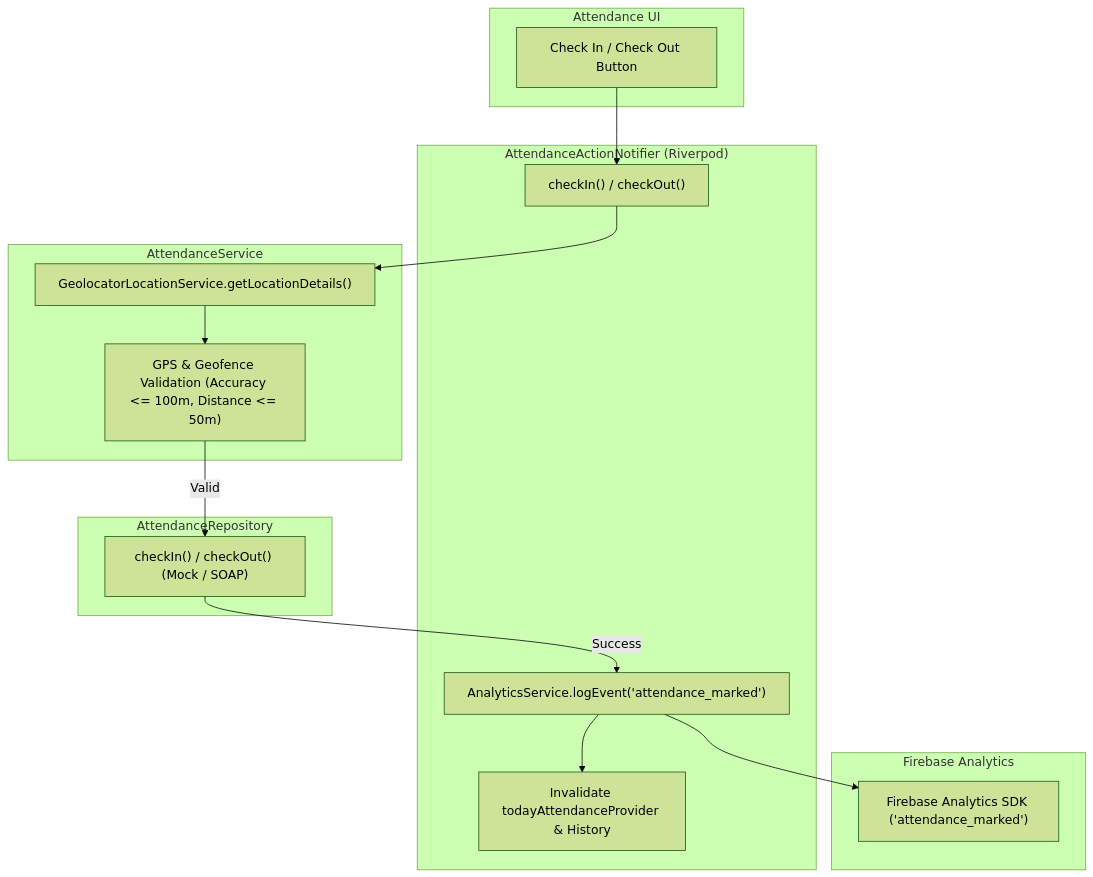
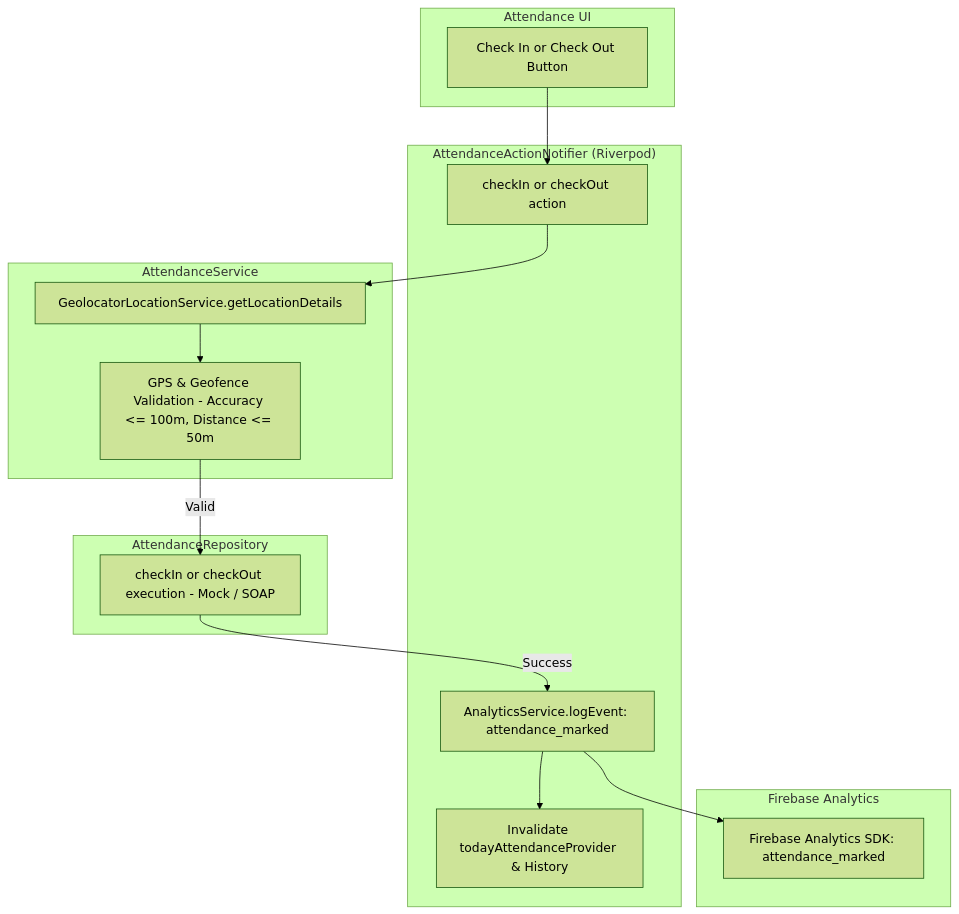
One commit to Aravindan-001/icore-ess changed the ninth of 15 diagrams in ARCHITECTURE.md. Above: the diagram before and after it, drawn with Mermaid (forest theme). The commit also changed other lines of this file, not shown here.

Commit message:
docs: fix Mermaid architecture rendering

````diff
--- a/ARCHITECTURE.md
+++ b/ARCHITECTURE.md
@@ -509,33 +509,33 @@
 ```mermaid
 flowchart TD
     subgraph AttendanceUI ["Attendance UI"]
-        BTN["Check In / Check Out Button"]
+        BTN["Check In or Check Out Button"]
     end
 
     subgraph Notifier ["AttendanceActionNotifier (Riverpod)"]
-        NOTIFIER_ACT["checkIn() / checkOut()"]
-        LOG_ANALYTICS["AnalyticsService.logEvent('attendance_marked')"]
+        NOTIFIER_ACT["checkIn or checkOut action"]
+        LOG_ANALYTICS["AnalyticsService.logEvent: attendance_marked"]
         REFRESH["Invalidate todayAttendanceProvider & History"]
     end
 
     subgraph Service_Exec ["AttendanceService"]
-        FETCH_LOC["GeolocatorLocationService.getLocationDetails()"]
-        VALIDATE["GPS & Geofence Validation (Accuracy <= 100m, Distance <= 50m)"]
+        FETCH_LOC["GeolocatorLocationService.getLocationDetails"]
+        VALIDATE["GPS & Geofence Validation - Accuracy <= 100m, Distance <= 50m"]
     end
 
     subgraph Repository ["AttendanceRepository"]
-        EXEC_CHECK["checkIn() / checkOut() (Mock / SOAP)"]
+        EXEC_CHECK["checkIn or checkOut execution - Mock / SOAP"]
     end
 
     subgraph Firebase ["Firebase Analytics"]
-        FA["Firebase Analytics SDK ('attendance_marked')"]
+        FA["Firebase Analytics SDK: attendance_marked"]
     end
 
     BTN --> NOTIFIER_ACT
     NOTIFIER_ACT --> FETCH_LOC
     FETCH_LOC --> VALIDATE
     VALIDATE -->|Valid| EXEC_CHECK
     EXEC_CHECK -->|Success| LOG_ANALYTICS
     LOG_ANALYTICS --> FA
     LOG_ANALYTICS --> REFRESH
 ```
````
